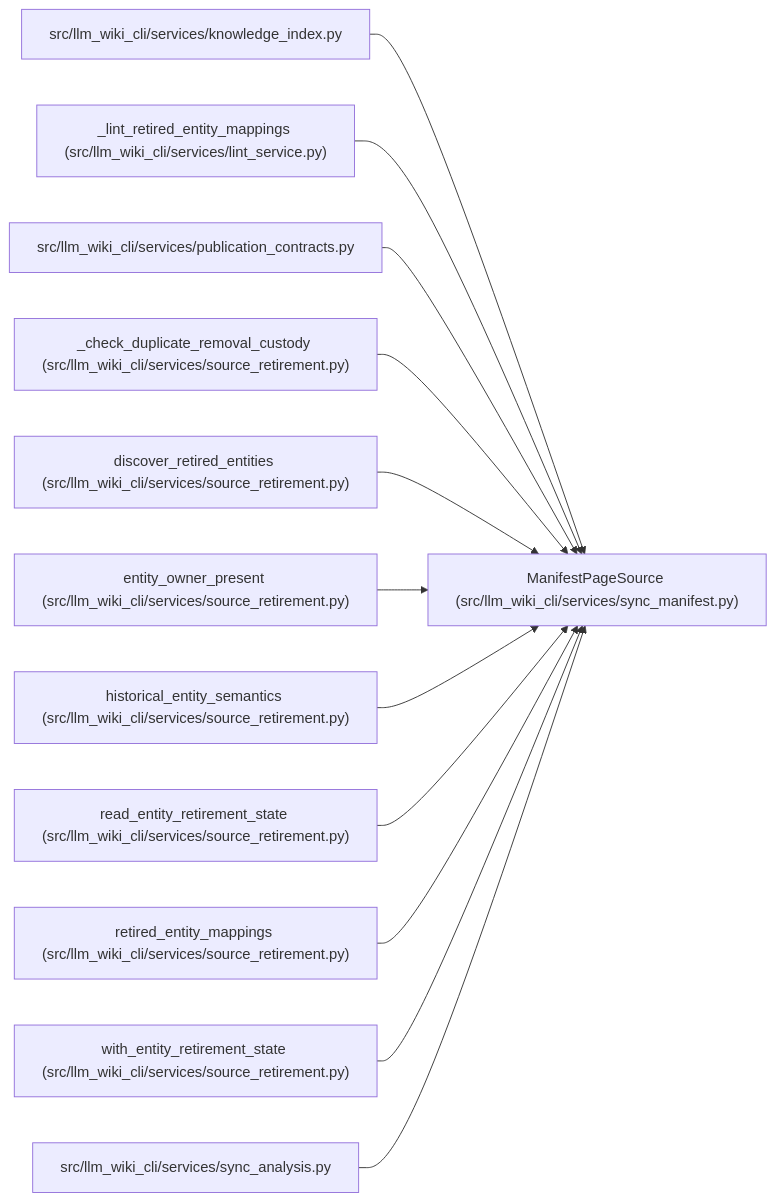
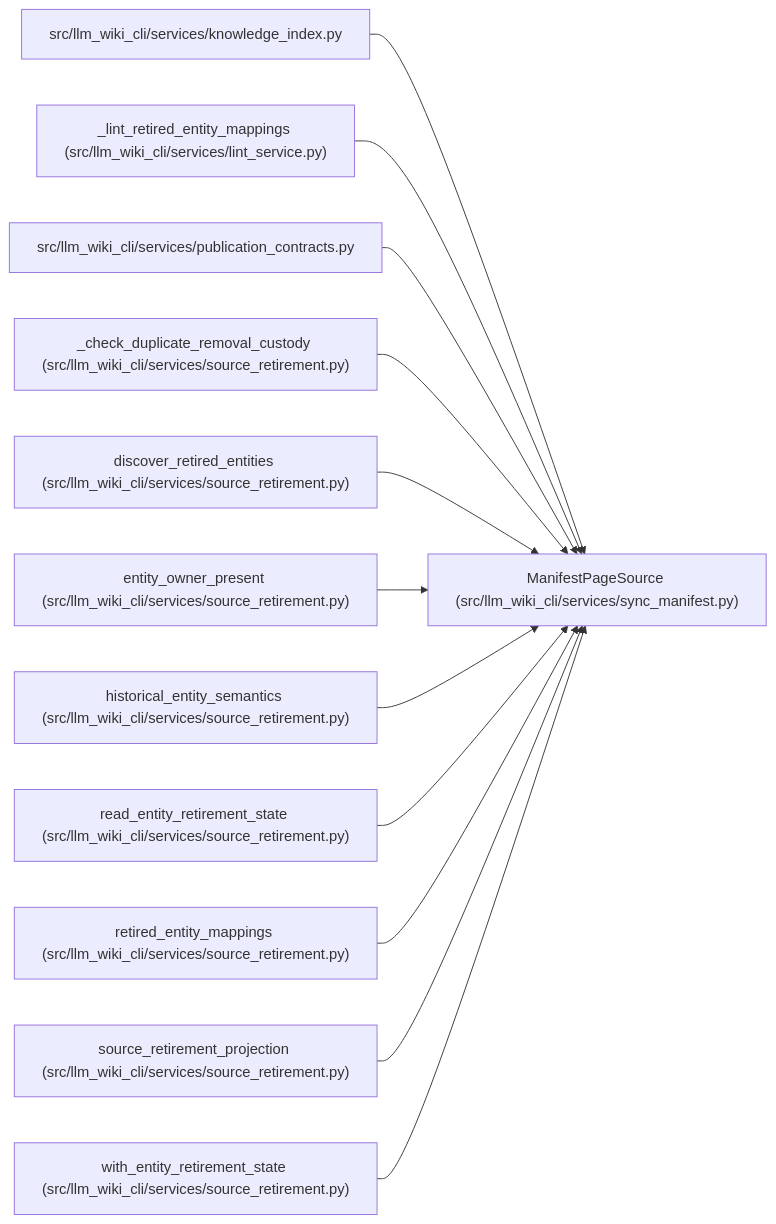
The diagram in docs/llm_wiki/entities/ManifestPageSource.md (Denissvgn/python-wiki-llm), drawn with Mermaid before and after one commit. The commit also changed other lines of this file and 537 other files, not shown here.

````diff
--- a/docs/llm_wiki/entities/ManifestPageSource.md
+++ b/docs/llm_wiki/entities/ManifestPageSource.md
@@ -34,38 +34,38 @@
 ```mermaid
 flowchart LR
     n0["ManifestPageSource (src/llm_wiki_cli/services/sync_manifest.py)"]
     n1["src/llm_wiki_cli/services/knowledge_index.py"]
     n2["_lint_retired_entity_mappings (src/llm_wiki_cli/services/lint_service.py)"]
     n3["src/llm_wiki_cli/services/publication_contracts.py"]
     n4["_check_duplicate_removal_custody (src/llm_wiki_cli/services/source_retirement.py)"]
     n5["discover_retired_entities (src/llm_wiki_cli/services/source_retirement.py)"]
     n6["entity_owner_present (src/llm_wiki_cli/services/source_retirement.py)"]
     n7["historical_entity_semantics (src/llm_wiki_cli/services/source_retirement.py)"]
     n8["read_entity_retirement_state (src/llm_wiki_cli/services/source_retirement.py)"]
     n9["retired_entity_mappings (src/llm_wiki_cli/services/source_retirement.py)"]
-    n10["with_entity_retirement_state (src/llm_wiki_cli/services/source_retirement.py)"]
-    n11["src/llm_wiki_cli/services/sync_analysis.py"]
+    n10["source_retirement_projection (src/llm_wiki_cli/services/source_retirement.py)"]
+    n11["with_entity_retirement_state (src/llm_wiki_cli/services/source_retirement.py)"]
     n1 --> n0
     n2 --> n0
     n3 --> n0
     n4 --> n0
     n5 --> n0
     n6 --> n0
     n7 --> n0
     n8 --> n0
     n9 --> n0
     n10 --> n0
     n11 --> n0
     click n0 "../modules/sync_manifest.md"
     click n1 "../modules/knowledge_index.md"
     click n2 "../modules/lint_service.md"
     click n3 "../modules/publication_contracts.md"
     click n4 "../modules/source_retirement.md"
     click n5 "../modules/source_retirement.md"
     click n6 "../modules/source_retirement.md"
     click n7 "../modules/source_retirement.md"
     click n8 "../modules/source_retirement.md"
     click n9 "../modules/source_retirement.md"
     click n10 "../modules/source_retirement.md"
-    click n11 "../modules/sync_analysis.md"
+    click n11 "../modules/source_retirement.md"
 ```
````
